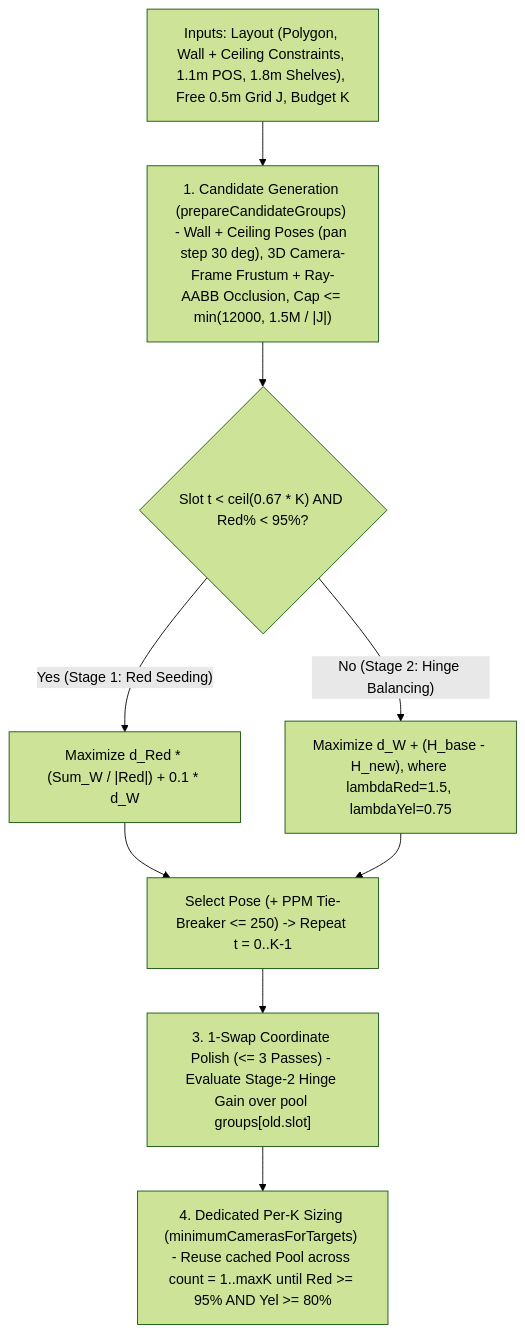
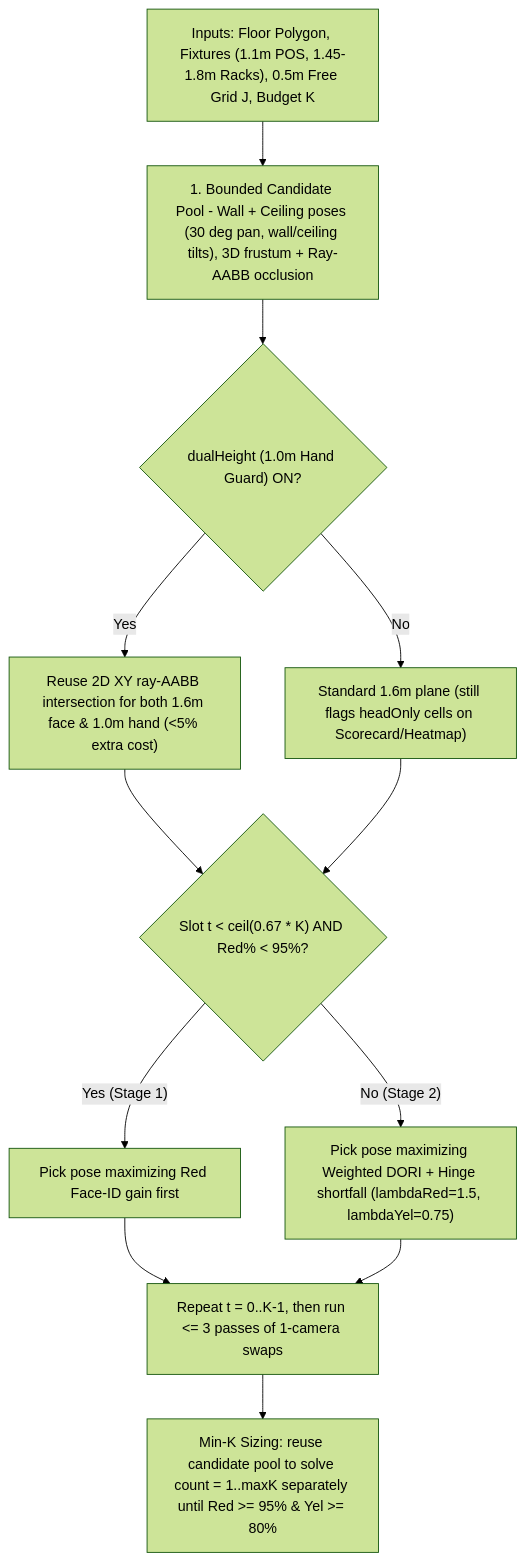
The diagram in paper_evaluation_2026-11-26/ABSTRACT_PROFESSOR.md (nhuycoding/Opticam), drawn with Mermaid (forest theme) before and after one commit. The commit also changed other lines of this file and 2 other files, not shown here.

````diff
--- a/paper_evaluation_2026-11-26/ABSTRACT_PROFESSOR.md
+++ b/paper_evaluation_2026-11-26/ABSTRACT_PROFESSOR.md
@@ -12,11 +10,14 @@
 ```mermaid
 flowchart TD
-    In["Inputs: Layout (Polygon, Wall + Ceiling Constraints, 1.1m POS, 1.8m Shelves), Free 0.5m Grid J, Budget K"] --> Pool["1. Candidate Generation (prepareCandidateGroups) - Wall + Ceiling Poses (pan step 30 deg), 3D Camera-Frame Frustum + Ray-AABB Occlusion, Cap <= min(12000, 1.5M / |J|)"]
-    Pool --> Branch{"Slot t < ceil(0.67 * K) AND Red% < 95%?"}
-    Branch -- "Yes (Stage 1: Red Seeding)" --> S1["Maximize d_Red * (Sum_W / |Red|) + 0.1 * d_W"]
-    Branch -- "No (Stage 2: Hinge Balancing)" --> S2["Maximize d_W + (H_base - H_new), where lambdaRed=1.5, lambdaYel=0.75"]
-    S1 --> Select["Select Pose (+ PPM Tie-Breaker <= 250) -> Repeat t = 0..K-1"]
-    S2 --> Select
-    Select --> Polish["3. 1-Swap Coordinate Polish (<= 3 Passes) - Evaluate Stage-2 Hinge Gain over pool groups[old.slot]"]
-    Polish --> MinK["4. Dedicated Per-K Sizing (minimumCamerasForTargets) - Reuse cached Pool across count = 1..maxK until Red >= 95% AND Yel >= 80%"]
+    In["Inputs: Floor Polygon, Fixtures (1.1m POS, 1.45-1.8m Racks), 0.5m Free Grid J, Budget K"] --> Pool["1. Bounded Candidate Pool - Wall + Ceiling poses (30 deg pan, wall/ceiling tilts), 3D frustum + Ray-AABB occlusion"]
+    Pool --> Dual{"dualHeight (1.0m Hand Guard) ON?"}
+    Dual -- "Yes" --> SharedXY["Reuse 2D XY ray-AABB intersection for both 1.6m face & 1.0m hand (<5% extra cost)"]
+    Dual -- "No" --> SingleZ["Standard 1.6m plane (still flags headOnly cells on Scorecard/Heatmap)"]
+    SharedXY --> Branch{"Slot t < ceil(0.67 * K) AND Red% < 95%?"}
+    SingleZ --> Branch
+    Branch -- "Yes (Stage 1)" --> S1["Pick pose maximizing Red Face-ID gain first"]
+    Branch -- "No (Stage 2)" --> S2["Pick pose maximizing Weighted DORI + Hinge shortfall (lambdaRed=1.5, lambdaYel=0.75)"]
+    S1 --> Loop["Repeat t = 0..K-1, then run <= 3 passes of 1-camera swaps"]
+    S2 --> Loop
+    Loop --> MinK["Min-K Sizing: reuse candidate pool to solve count = 1..maxK separately until Red >= 95% & Yel >= 80%"]
 ```
````
